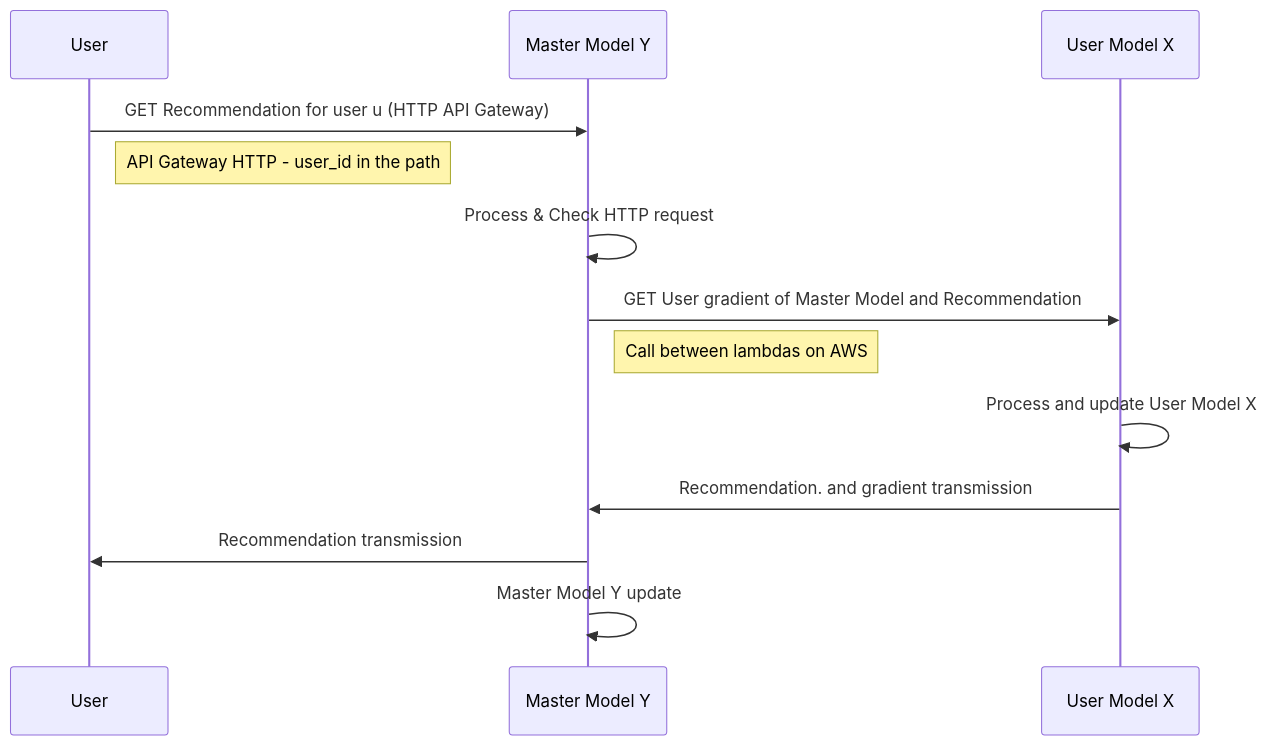
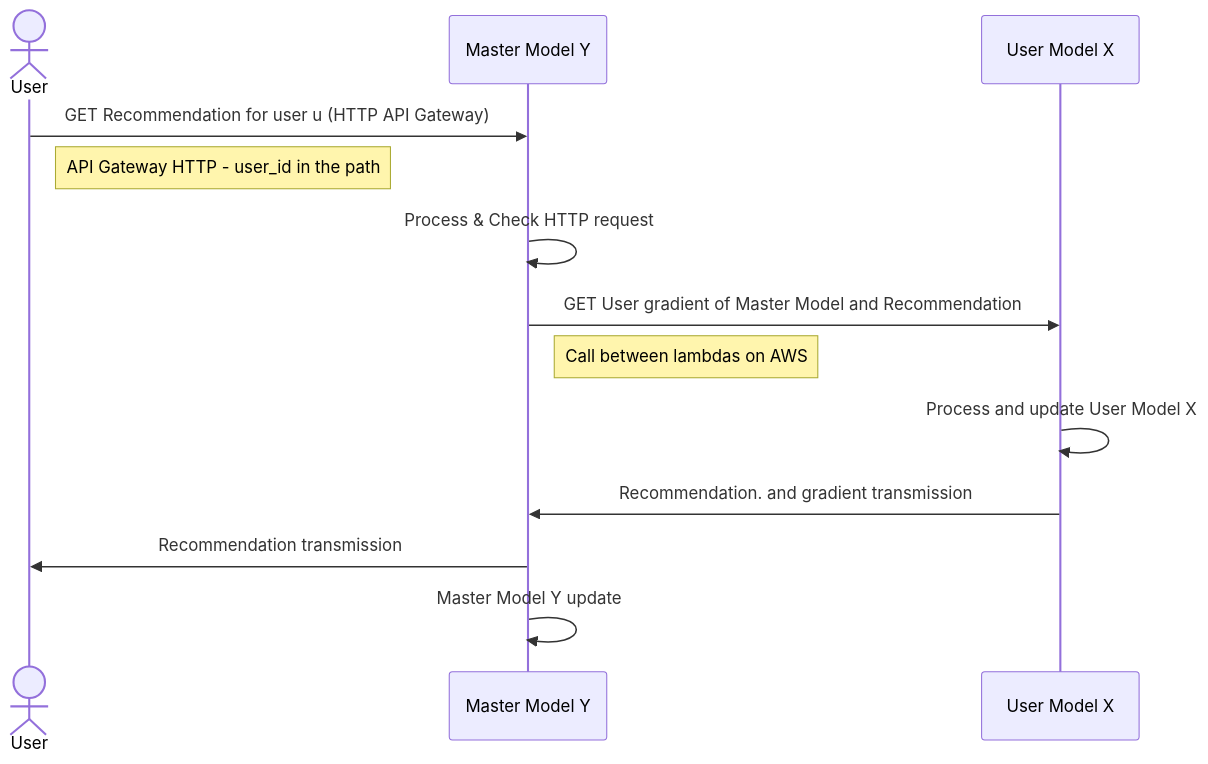
Before and after one commit to AdrKacz/super-duper-guacamole: the first of 2 diagrams in recommender-system/README.md, drawn with Mermaid. The commit also changed other lines of this file, not shown here.

Commit message:
diagrams - User

````diff
--- a/recommender-system/README.md
+++ b/recommender-system/README.md
@@ -118,15 +118,15 @@
 ```mermaid
 sequenceDiagram
-      participant User as User
+      actor User as User
       participant Model as Master Model Y
       participant Model2 as User Model X
       User ->> Model: GET Recommendation for user u (HTTP API Gateway)
       Note right of User: API Gateway HTTP - user_id in the path
       Model ->> Model: Process & Check HTTP request
       Model ->> Model2: GET User gradient of Master Model and Recommendation
       Note right of Model: Call between lambdas on AWS
       Model2 ->> Model2: Process and update User Model X
       Model2 ->> Model: Recommendation. and gradient transmission
       Model ->> User: Recommendation transmission
       Model ->> Model: Master Model Y update 
 ```
````
